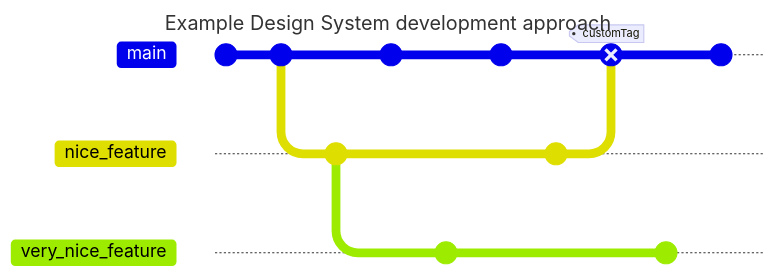
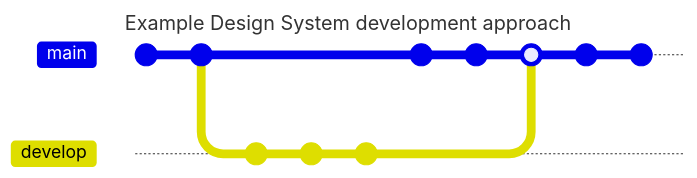
One commit to JamesFehon-DTA/laughing-adventure changed the diagram in README.md. Above: the diagram before and after it, drawn with Mermaid. Commit ids are hidden.

````diff
--- a/README.md
+++ b/README.md
@@ -4,27 +4,18 @@
 ```mermaid
 ---
 title: Example Design System development approach
 ---
     gitGraph
-       commit id: "1"
-       commit id: "2"
-       branch nice_feature
-       checkout nice_feature
-       commit id: "3"
+       commit
+       commit
+       branch develop
+       commit
+       commit
+       commit
        checkout main
-       commit id: "4"
-       checkout nice_feature
-       branch very_nice_feature
-       checkout very_nice_feature
-       commit id: "5"
-       checkout main
-       commit id: "6"
-       checkout nice_feature
-       commit id: "7"
-       checkout main
-       merge nice_feature id: "customID" tag: "customTag" type: REVERSE
-       checkout very_nice_feature
-       commit id: "8"
-       checkout main
-       commit id: "9"
+       commit
+       commit
+       merge develop
+       commit
+       commit
 ```
````
